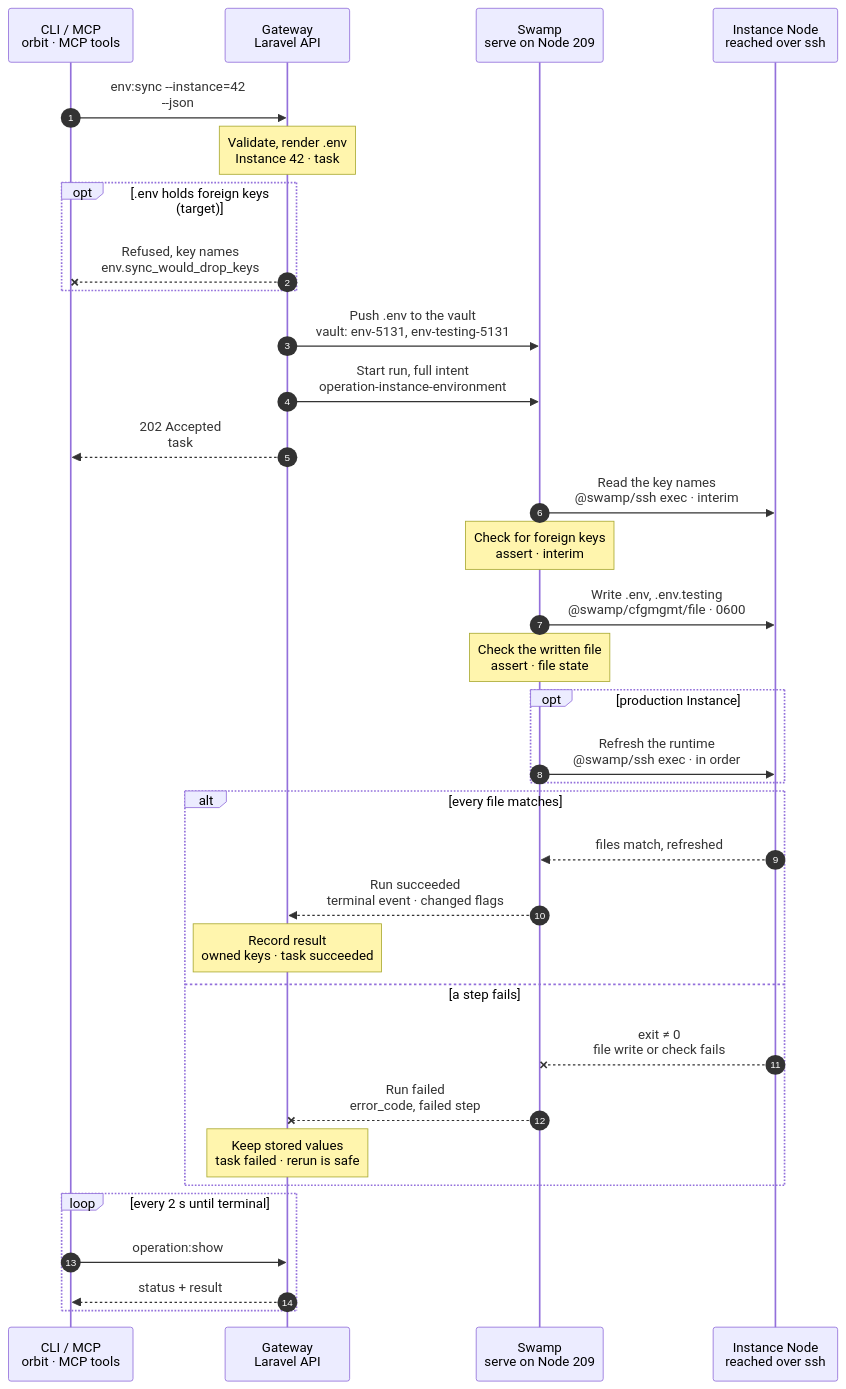
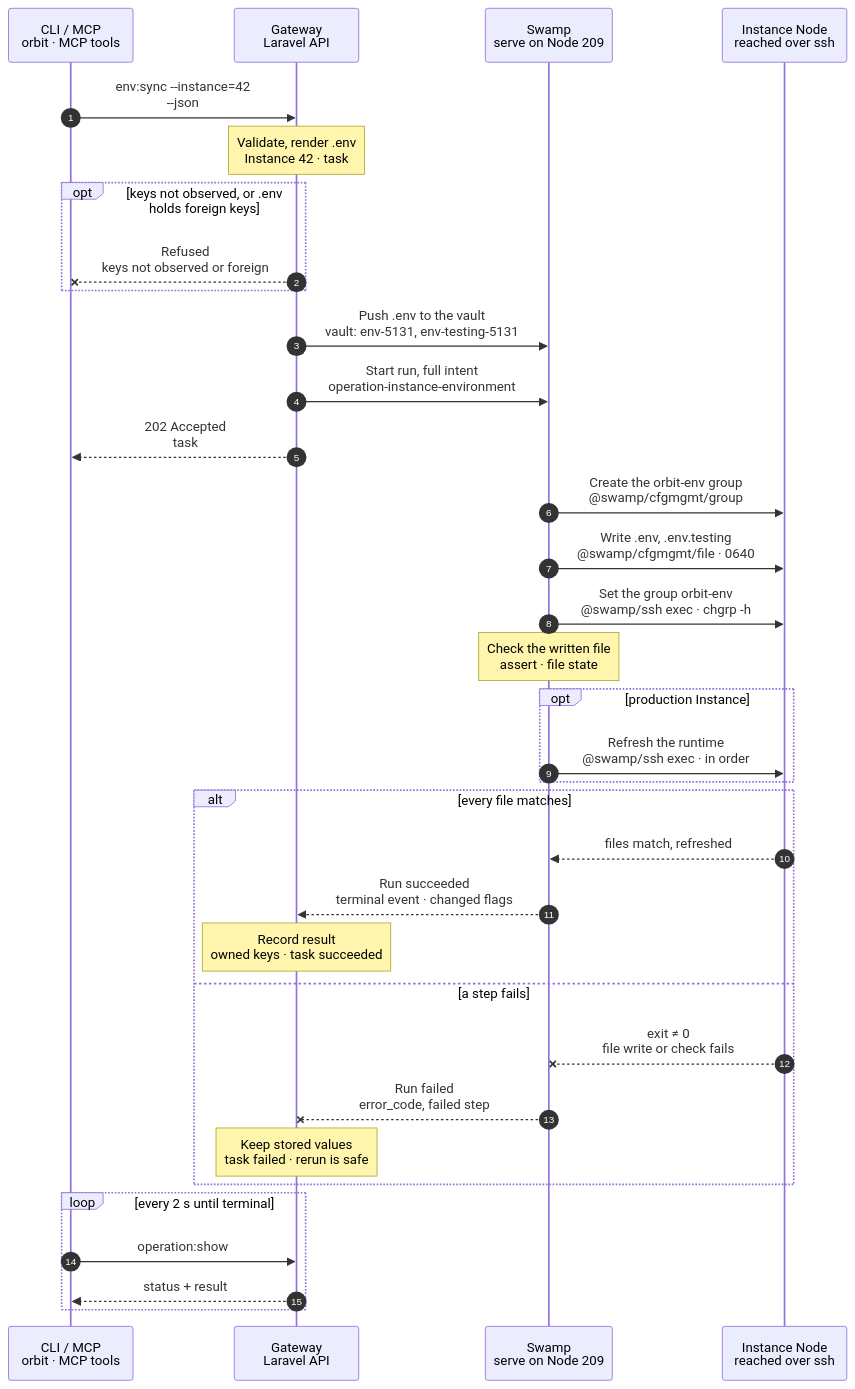
The diagram in docs/cli/env/sync.mmd (hardimpactdev/orbit), drawn with Mermaid before and after one commit. The commit also changed 64 other files, not shown here.

```diff
--- a/docs/cli/env/sync.mmd
+++ b/docs/cli/env/sync.mmd
@@ -1,160 +1,158 @@
 sequenceDiagram
   %% Target design: ADR 0244 task, R1-R4, decision swamp-vault-secrets (vault.get), orbit-gateway-renders-create-env (Gateway owns .env, no read-back), DECISIONS instance.sync_environment (vault after commit, @swamp/ssh from 209, no private-material fetch, no per-Node worker). docs/reference/environment-variables.md.
   %% Tightened: flow-tighten 2026-11-02, rules 14, 22 (cfgmgmt file for both files, its check as the end check; no script read, foreign-key check, report or assert step).
   %% Decided: Nick 2026-11-02, foreign-key protection at admission from the key names the Node agent reports; .env.testing only for an owned MySQL/PostgreSQL database, in the same file step.
   %% status: migrated
-  %% Interim: until the Node agent reports .env key names, the run reads them and checks for foreign keys before the write (Nick 2026-11-02).
+  %% Decided: Nick 2026-11-03, option 1: Orbit writes a managed .env as 0640 with group orbit-env, the agent's unit holds that group and reports key names only; a .env the agent can't read is not observed.
   %% command: env:sync
   %% kind: instance.sync_environment
   autonumber
   %% lane CLI icon=terminal pill=caller tone=gray
   %% lane GW icon=gateway pill=intent tone=blue
   %% lane SW icon=workflow pill=executes tone=green
   %% lane N icon=server pill=target tone=amber
   participant CLI as CLI / MCP<br/>orbit · MCP tools
   participant GW as Gateway<br/>Laravel API
   participant SW as Swamp<br/>serve on Node 209
   participant N as Instance Node<br/>reached over ssh
   CLI->>GW: env:sync --instance=42<br/>--json
   %%> Command:
   %%> - `orbit env:sync --instance=42`
   %%> - syntax: `env:sync --instance=SELECTOR [--force] [--json]`
   %%> Input:
   %%> - the Instance: a numeric Instance ID or the exact domain of its Route
   %%> - `--force` overwrites keys that only the Node's `.env` holds
   %%> Who can call it:
   %%> - the `orbit` CLI and the MCP tool send the same request
   Note over GW: Validate, render .env<br/>Instance 42 · task #5131
   %%> Requirements:
   %%> - your Node has an access grant to Node 12, the Node of Instance 42
   %%> - Instance 42 is active, on a Node with exactly one active `app-dev` or `app-prod` role
   %%> - Instance 42 has stored configuration (`env.configuration_missing` otherwise)
   %%> - a stored `{{instance.domain}}` needs a settled Route (`env.reference_unavailable` otherwise)
   %%> - no other task holds Instance 42; the Gateway holds one lock per Instance and waits briefly for a busy one
   %%> Checks foreign keys:
   %%> - compares the `.env` key names the Node agent reported with the stored and owned keys; no values are read
+  %%> - Orbit writes a managed `.env` as 0640 with group `orbit-env`, which the agent's unit holds
+  %%> - a `.env` the agent can't read, such as a hand-made 0600 file or a link, or a silent agent, leaves the names not observed
+  %%> - when the agent reports that Git tracks `.env.testing`, the plan writes none
   %%> Renders .env:
   %%> - every stored key in sorted order, as a quoted value
   %%> - `{{instance.domain}}` from the Route, `{{instance.environment}}` from the Node role
   %%> Renders .env.testing:
   %%> - only when Instance 42 owns a database on a MySQL or PostgreSQL server
   %%> - the same `.env` with `APP_ENV=testing` and the test database credentials
   %%> - SQLite: none; `phpunit.xml` (`:memory:`) decides
   %%> Result:
   %%> - task #5131 recorded with the full intent and the sha256 of each rendered file
   %%> - nothing has happened on the Node yet
-  opt .env holds foreign keys (target)
-    GW--xCLI: Refused, key names<br/>env.sync_would_drop_keys
+  opt keys not observed, or .env holds foreign keys
+    GW--xCLI: Refused<br/>keys not observed or foreign
     %%> When:
-    %%> - the Node's `.env` holds keys that Orbit neither stores nor wrote, and `--force` is not set
+    %%> - `env.keys_not_observed`: the Node agent has not reported the `.env` key names, and `--force` is not set
+    %%> - `env.sync_would_drop_keys`: the Node's `.env` holds keys that Orbit neither stores nor wrote, and `--force` is not set
     %%> Result:
     %%> - the refusal names the keys; no task and no run start
     %%> Next:
-    %%> - `env:import` adopts the keys first, or `env:sync --force` overwrites them
-    %%> Today:
-    %%> - the Node agent does not report `.env` key names yet, so the run checks them in its first two steps
+    %%> - foreign keys: `env:import` adopts them first, or `env:sync --force` replaces the file
+    %%> - not observed, as for a `.env` written 0600 before this mode: `env:import`, then `env:sync --force`, which drops nothing and writes the file 0640
   end
   GW->>SW: Push .env to the vault<br/>vault: env-5131, env-testing-5131
   %%> Why:
   %%> - `.env` holds secrets, which travel only through the vault (R3)
   %%> What it does:
   %%> - after the task commits, pushes the rendered files into Swamp's vault on Node 209
   %%> Result:
   %%> - the run reads them with `vault.get`; no step calls the Gateway back
   GW->>SW: Start run, full intent<br/>operation-instance-environment
   %%> What it does:
   %%> - starts one Swamp run on serve (Node 209)
   %%> Inputs:
   %%> - Node 12's address and SSH host keys; the SSH identity comes from the `swamp` role
   %%> - the account, the application directory, the file paths and the expected sha256 of each file
   %%> - the key names Orbit wrote last time, which it may remove
   %%> - production only: the release path and the Processes with `restart_on_deploy`
   %%> - secrets only as vault key names
   GW-->>CLI: 202 Accepted<br/>task #5131
   %%> What you get:
   %%> - the task number, at once
   %%> Next:
   %%> - the CLI follows the task with `operation:show`
-  SW->>N: Read the key names<br/>@swamp/ssh exec · interim
+  SW->>N: Create the orbit-env group<br/>@swamp/cfgmgmt/group
   %%> What it does:
-  %%> - prints the sha256 of `.env` and `.env.testing`, whether Git tracks `.env.testing`, and the key names of `.env`
-  %%> Not returned:
-  %%> - no values
-  %%> Why:
-  %%> - interim, until the Node agent reports the key names to admission
-  Note over SW: Check for foreign keys<br/>assert · interim
-  %%> What it does:
-  %%> - fails when `.env` holds a key that Orbit neither stores nor wrote; the files stay unchanged
-  %%> Result:
-  %%> - the Gateway names the keys with `env.sync_would_drop_keys`
-  SW->>N: Write .env, .env.testing<br/>@swamp/cfgmgmt/file · 0600
+  %%> - creates the system group when the Node lacks it; the Node agent's unit holds it
+  SW->>N: Write .env, .env.testing<br/>@swamp/cfgmgmt/file · 0640
   %%> How:
   %%> - Swamp reaches Node 12 over SSH from 209 with `@swamp/ssh` and the official `@swamp/cfgmgmt/file` behavior; nothing is copied to the Node
   %%> What it does:
-  %%> - writes the rendered `.env` from `vault.get env-5131`, mode `0600`, owned by the Instance account
+  %%> - writes the rendered `.env` from `vault.get env-5131`, mode `0640`
   %%> - with an owned MySQL or PostgreSQL database, writes `.env.testing` in the same step, replacing its content; no merge
-  %%> - a Git-tracked `.env.testing` stays untouched
+  %%> - a Git-tracked `.env.testing` stays untouched: admission planned none
   %%> - leaves a file that already matches in place
   %%> Runs as:
-  %%> - the Instance account named in the intent, not root
+  %%> - the Instance account, in its own directory, so no root write follows a link the account placed
   %%> Not included:
   %%> - renders nothing; the Gateway already rendered the files
+  SW->>N: Set the group orbit-env<br/>@swamp/ssh exec · chgrp -h
+  %%> What it does:
+  %%> - root runs `chgrp -h orbit-env` on the written files; `-h` never follows a link
+  %%> - the Node agent's unit holds `orbit-env`, so it may read the `.env` key names; it never reads `.env.testing`
   Note over SW: Check the written file<br/>assert · file state
   %%> What it does:
   %%> - compares the sha256 the file behavior recorded for each file with the rendered one
   %%> Why:
   %%> - the sync only counts when the Node holds exactly what the Gateway rendered
   %%> - a rerun writes and checks again
   opt production Instance
     SW->>N: Refresh the runtime<br/>@swamp/ssh exec · in order
     %%> When:
     %%> - on every production sync, also when `.env` did not change
     %%> What it does:
     %%> - runs `php artisan config:cache` as the Instance account in the release, as one `@swamp/ssh exec`, when the release has a config cache; an uncached release stays uncached
     %%> - reloads the PHP-FPM pool to reset OPcache
     %%> - restarts the running Processes that have `restart_on_deploy`
     %%> - each action is one `@swamp/ssh exec` command, one at a time
     %%> Not included:
     %%> - development Instances: they only get the file
   end
   alt every file matches
     N-->>SW: files match, refreshed
     %%> Returns:
     %%> - whether each file changed, and the runtime refresh status
     %%> Not returned:
     %%> - no values and no file content
     SW-->>GW: Run succeeded<br/>terminal event · changed flags
     %%> How the Gateway learns it:
     %%> - its shared run reader sees the terminal event and reads the run's outputs; Swamp never calls the Gateway
     Note over GW: Record result<br/>owned keys · task succeeded
     %%> Result:
     %%> - the synced key names become the keys Orbit owns on Instance 42
     %%> - task #5131 succeeds with `changed`, the testing status and the refresh status
   else a step fails
     N--xSW: exit ≠ 0<br/>file write or check fails
     %%> When:
     %%> - SSH fails, a write fails, or a file does not match after the write
     %%> How:
     %%> - the failing step ends the run with its own exit code; there is no report step
     %%> - production: the config cache or the Process restart fails
     SW--xGW: Run failed<br/>error_code, failed step
     %%> The Gateway reads:
     %%> - which step failed and its error code
     Note over GW: Keep stored values<br/>task failed · rerun is safe
     %%> Result:
     %%> - stored values and the owned-key list stay as they were
     %%> - task #5131 fails
     %%> On the Node:
     %%> - a refused file stays unchanged; a failed cache build keeps the old cache
     %%> - a file already written stays; there is no rollback
     %%> Retry:
     %%> - fix the cause, then run `env:sync` again; it is a new task
   end
   loop every 2 s until terminal
     CLI->>GW: operation:show #5131
     %%> What it does:
     %%> - asks for the task's status every 2 seconds until it has ended
     GW-->>CLI: status + result
     %%> Returns:
     %%> - the current status, and the result once the task has ended
   end
```
